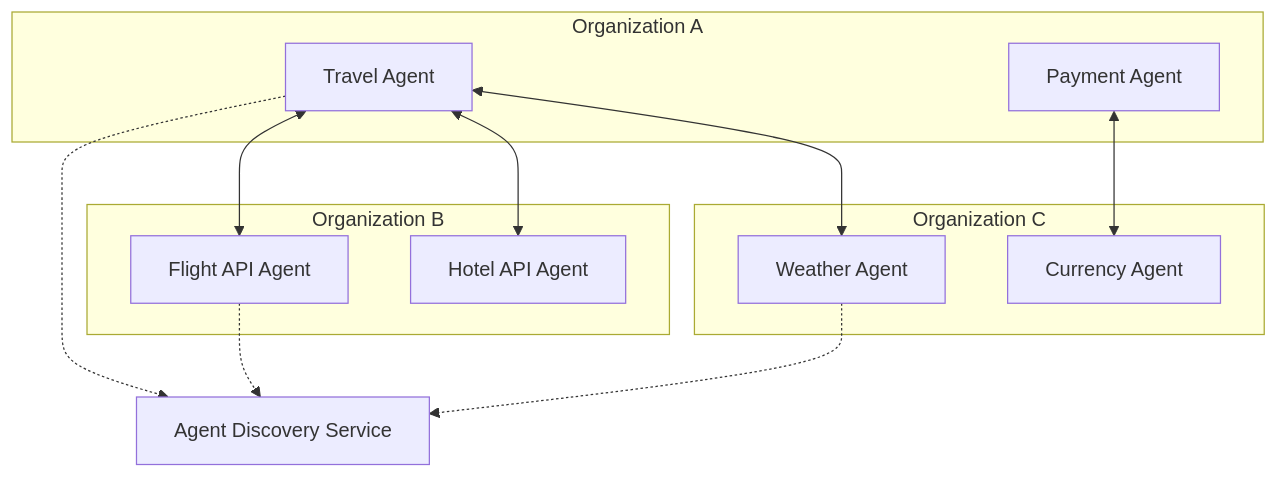
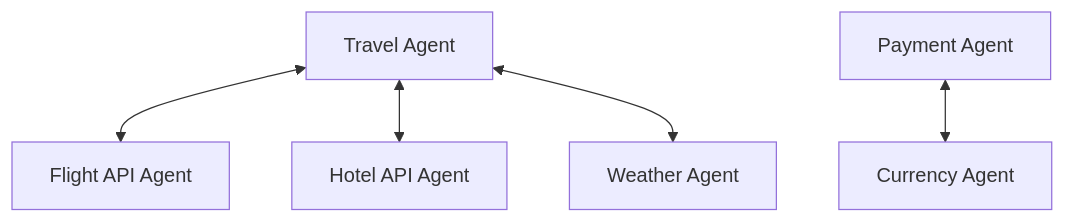
Before and after one commit to fwornle/agentic-ai-nano: the fifth of 6 diagrams in 03_mcp-adk-a2a/Session0_Introduction_to_MCP_ACP_A2A.md, drawn with Mermaid. The commit also changed other lines of this file and 73 other files, not shown here.

````diff
--- a/03_mcp-adk-a2a/Session0_Introduction_to_MCP_ACP_A2A.md
+++ b/03_mcp-adk-a2a/Session0_Introduction_to_MCP_ACP_A2A.md
@@ -198,26 +270,7 @@
 ```mermaid
 graph TB
-    subgraph "Organization A"
-        A1[Travel Agent]
-        A2[Payment Agent]
-    end
-    
-    subgraph "Organization B"
-        B1[Flight API Agent]
-        B2[Hotel API Agent]
-    end
-    
-    subgraph "Organization C"
-        C1[Weather Agent]
-        C2[Currency Agent]
-    end
-    
-    A1 <--> B1
-    A1 <--> B2
-    A1 <--> C1
-    A2 <--> C2
-    
-    A1 -.-> D[Agent Discovery Service]
-    B1 -.-> D
-    C1 -.-> D
+    A1[Travel Agent] <--> B1[Flight API Agent]
+    A1 <--> B2[Hotel API Agent]
+    A1 <--> C1[Weather Agent]
+    A2[Payment Agent] <--> C2[Currency Agent]
 ```
````
